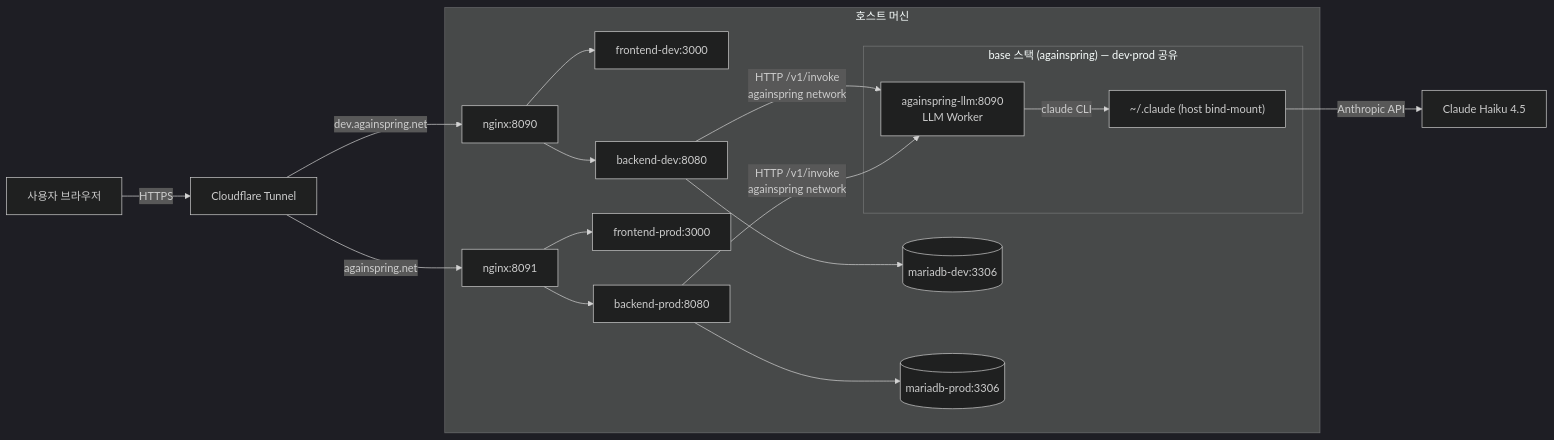
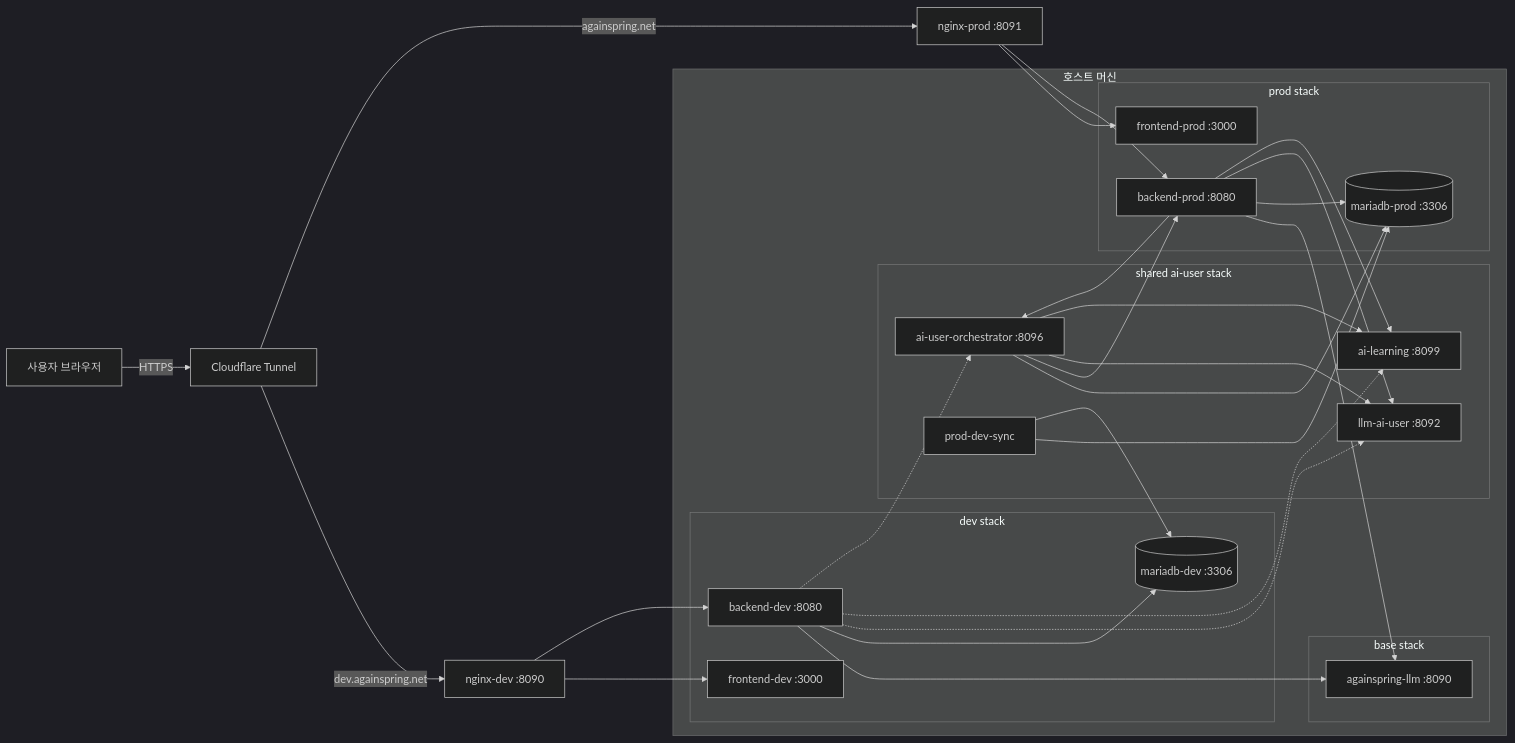
Before and after one commit to Justant-source/Again-Spring: the diagram in docs/env/architecture.md, drawn with Mermaid (dark theme). The commit also changed other lines of this file and 37 other files, not shown here.

Commit message:
refactor: share ai-user stack across dev and prod

````diff
--- a/docs/env/architecture.md
+++ b/docs/env/architecture.md
@@ -9,21 +13,55 @@
 ```mermaid
 flowchart LR
     User[사용자 브라우저] -->|HTTPS| CF[Cloudflare Tunnel]
-    CF -->|dev.againspring.net| Nginx_dev[nginx:8090]
-    CF -->|againspring.net| Nginx_prod[nginx:8091]
+    CF -->|dev.againspring.net| NginxDev[nginx-dev :8090]
+    CF -->|againspring.net| NginxProd[nginx-prod :8091]
+
     subgraph Host["호스트 머신"]
-        subgraph Base["base 스택 (againspring) — dev·prod 공유"]
-            LLM["againspring-llm:8090\nLLM Worker"]
-            LLM -->|claude CLI| ClaudeMount["~/.claude (host bind-mount)"]
+        subgraph Base["base stack"]
+            BaseLlm[againspring-llm :8090]
         end
-        Nginx_dev --> FE_dev[frontend-dev:3000]
-        Nginx_dev --> BE_dev[backend-dev:8080]
-        Nginx_prod --> FE_prod[frontend-prod:3000]
-        Nginx_prod --> BE_prod[backend-prod:8080]
-        BE_dev --> DB_dev[(mariadb-dev:3306)]
-        BE_prod --> DB_prod[(mariadb-prod:3306)]
-        BE_dev -->|HTTP /v1/invoke\nagainspring network| LLM
-        BE_prod -->|HTTP /v1/invoke\nagainspring network| LLM
+
+        subgraph Dev["dev stack"]
+            FeDev[frontend-dev :3000]
+            BeDev[backend-dev :8080]
+            DbDev[(mariadb-dev :3306)]
+        end
+
+        subgraph Prod["prod stack"]
+            FeProd[frontend-prod :3000]
+            BeProd[backend-prod :8080]
+            DbProd[(mariadb-prod :3306)]
+        end
+
+        subgraph Shared["shared ai-user stack"]
+            LlmAi[llm-ai-user :8092]
+            Learn[ai-learning :8099]
+            Orch[ai-user-orchestrator :8096]
+            Sync[prod-dev-sync]
+        end
     end
-    ClaudeMount -->|Anthropic API| Anthropic[Claude Haiku 4.5]
+
+    NginxDev --> FeDev
+    NginxDev --> BeDev
+    NginxProd --> FeProd
+    NginxProd --> BeProd
+
+    BeDev --> BaseLlm
+    BeProd --> BaseLlm
+    BeDev --> DbDev
+    BeProd --> DbProd
+
+    BeDev -.-> LlmAi
+    BeDev -.-> Learn
+    BeDev -.-> Orch
+    BeProd --> LlmAi
+    BeProd --> Learn
+    BeProd --> Orch
+
+    Orch --> DbProd
+    Orch --> BeProd
+    Orch --> LlmAi
+    Orch --> Learn
+    Sync --> DbProd
+    Sync --> DbDev
 ```
````
